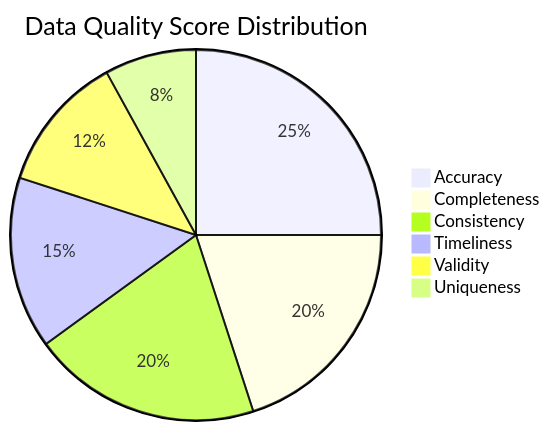
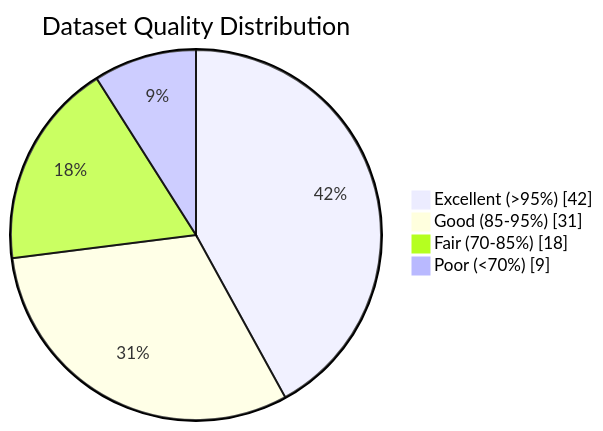
The first of 6 diagrams in skills/superior-byteworks-wrighter/stories/reference/data/data_quality_report.md (borealBytes/my-farm-advisor), drawn with Mermaid before and after one commit. The commit also changed other lines of this file and 95 other files, not shown here.

First line of the commit message:
Add sales proposal, penetration test report, and security architecture review templates

````diff
--- a/skills/superior-byteworks-wrighter/stories/reference/data/data_quality_report.md
+++ b/skills/superior-byteworks-wrighter/stories/reference/data/data_quality_report.md
@@ -114,9 +39,11 @@
 ```mermaid
-pie title Data Quality Score Distribution
-    "Accuracy" : 25
-    "Completeness" : 20
-    "Consistency" : 20
-    "Timeliness" : 15
-    "Validity" : 12
-    "Uniqueness" : 8
+pie showData
+    accTitle: Data Quality Score Distribution
+    accDescr: Pie chart showing percentage of datasets by quality tier
+
+    title Dataset Quality Distribution
+    "Excellent (>95%)" : 42
+    "Good (85-95%)" : 31
+    "Fair (70-85%)" : 18
+    "Poor (<70%)" : 9
 ```
````
